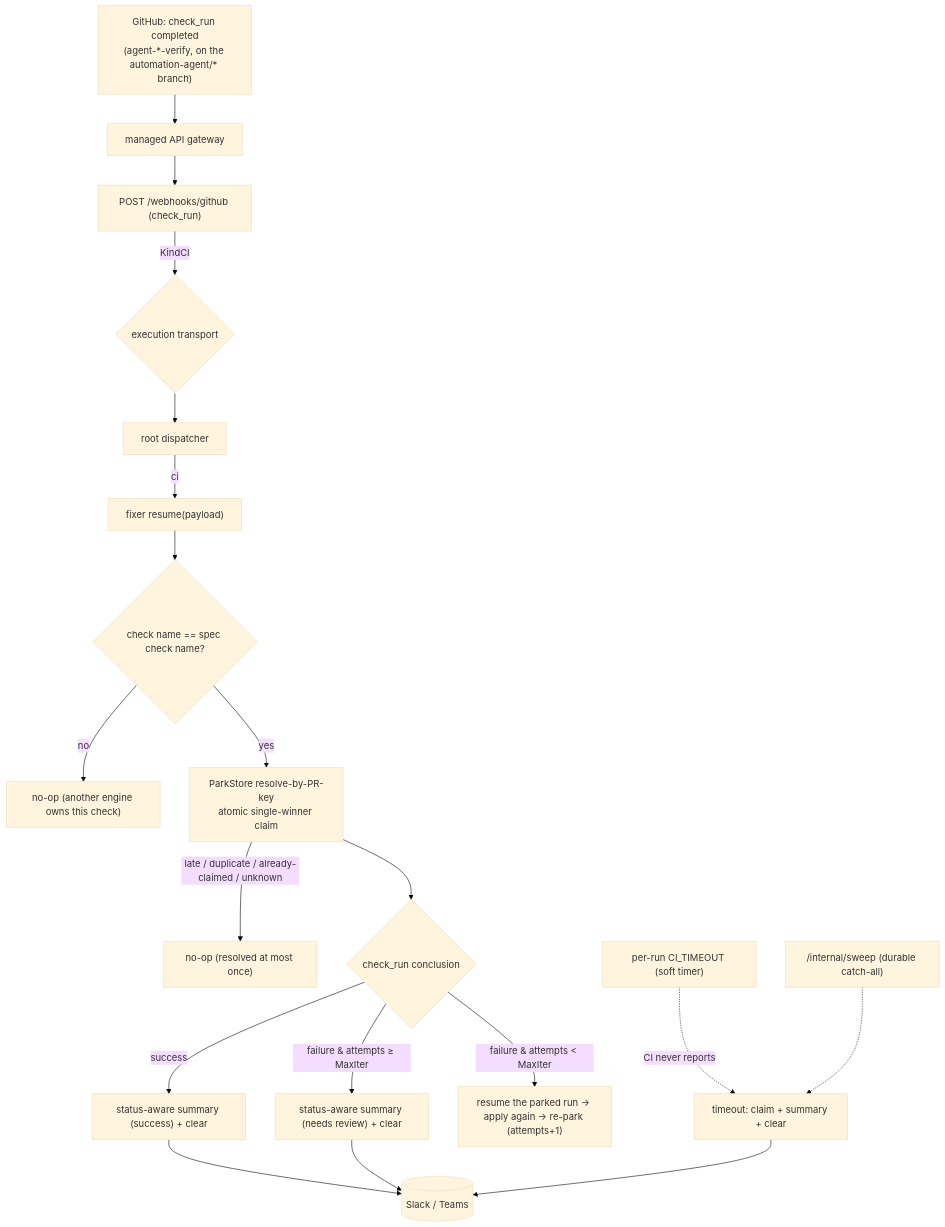
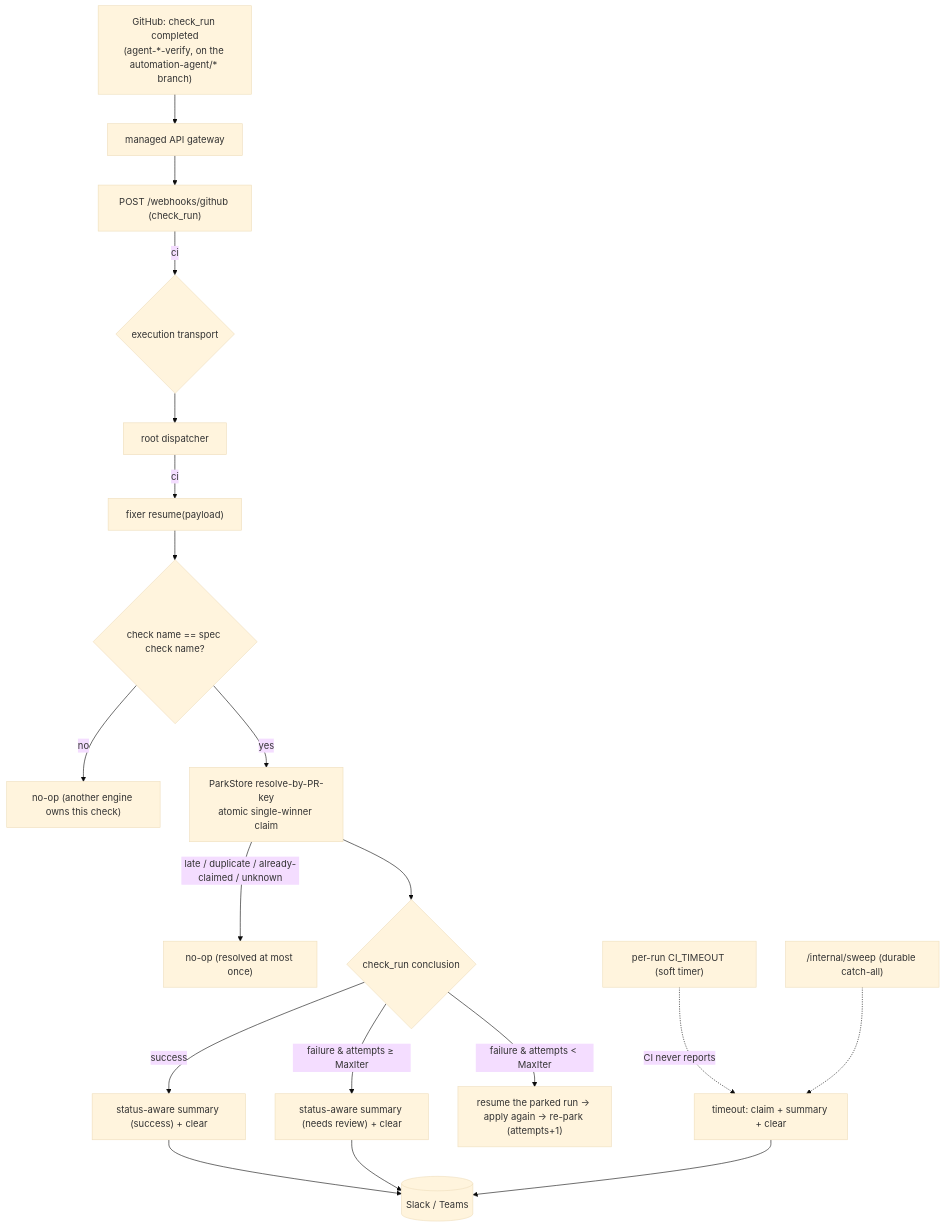
The second of 2 diagrams in okf/orientation/event-flow.md (jkjamies/automation-agent), drawn with Mermaid (base theme) before and after one commit. The commit also changed other lines of this file and 11 other files, not shown here.

````diff
--- a/okf/orientation/event-flow.md
+++ b/okf/orientation/event-flow.md
@@ -68,24 +68,24 @@
 ```mermaid
 flowchart TD
     CR["GitHub: check_run completed<br/>(agent-*-verify, on the automation-agent/* branch)"] --> GW["managed API gateway"]
     GW --> WCI["POST /webhooks/github (check_run)"]
-    WCI -->|"KindCI"| TX{"execution transport"}
+    WCI -->|"ci"| TX{"execution transport"}
     TX --> Disp["root dispatcher"] -->|ci| RES["fixer resume(payload)"]
 
     RES --> NM{"check name == spec check name?"}
     NM -->|no| NOOP["no-op (another engine owns this check)"]
     NM -->|yes| CLAIM["ParkStore resolve-by-PR-key<br/>atomic single-winner claim"]
     CLAIM -->|"late / duplicate / already-claimed / unknown"| NOOP2["no-op (resolved at most once)"]
 
     CLAIM --> CONC{check_run conclusion}
     CONC -->|success| OK["status-aware summary (success) + clear"]
     CONC -->|"failure & attempts ≥ MaxIter"| REV["status-aware summary (needs review) + clear"]
     CONC -->|"failure & attempts < MaxIter"| RT["resume the parked run → apply again → re-park (attempts+1)"]
 
     TO["per-run CI_TIMEOUT (soft timer)"] -.->|"CI never reports"| FREE["timeout: claim + summary + clear"]
     SW["/internal/sweep (durable catch-all)"] -.-> FREE
 
     OK --> Chat[("Slack / Teams")]
     REV --> Chat
     FREE --> Chat
 ```
````
